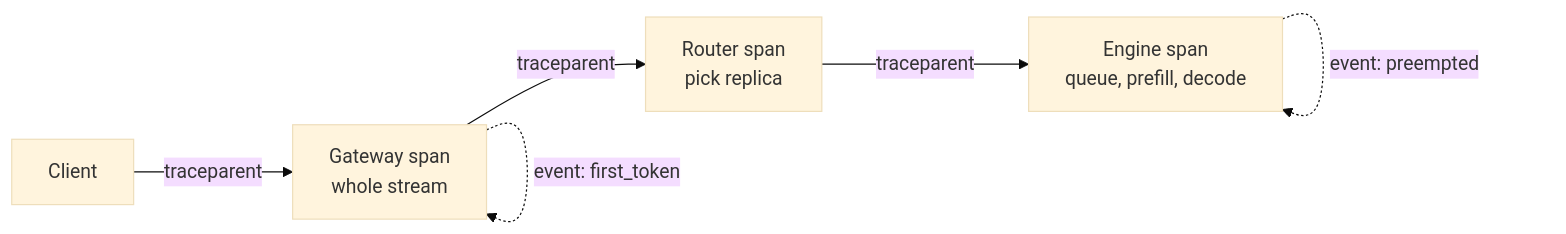
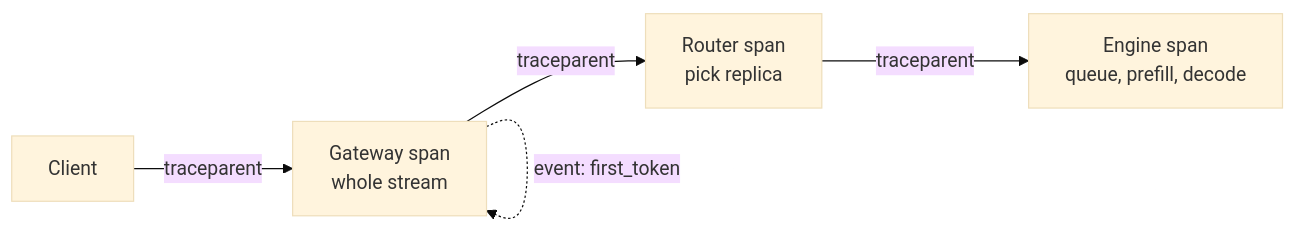
Before and after one commit to jithinpnjm/ai-infra-handbook: the second of 2 diagrams in docs/part-20-nebius-sre-interview/25-promql-grafana-and-tracing-traps.md, drawn with Mermaid (base theme). The commit also changed other lines of this file and 47 other files, not shown here.

````diff
--- a/docs/part-20-nebius-sre-interview/25-promql-grafana-and-tracing-traps.md
+++ b/docs/part-20-nebius-sre-interview/25-promql-grafana-and-tracing-traps.md
@@ -301,8 +301,7 @@
 ```mermaid
 flowchart LR
   C["Client"] -->|"traceparent"| G["Gateway span<br/>whole stream"]
   G -->|"traceparent"| R["Router span<br/>pick replica"]
   R -->|"traceparent"| E["Engine span<br/>queue, prefill, decode"]
   G -. "event: first_token" .-> G
-  E -. "event: preempted" .-> E
 ```
````
